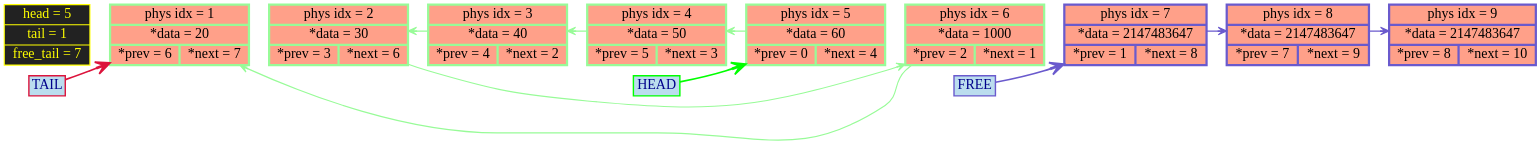
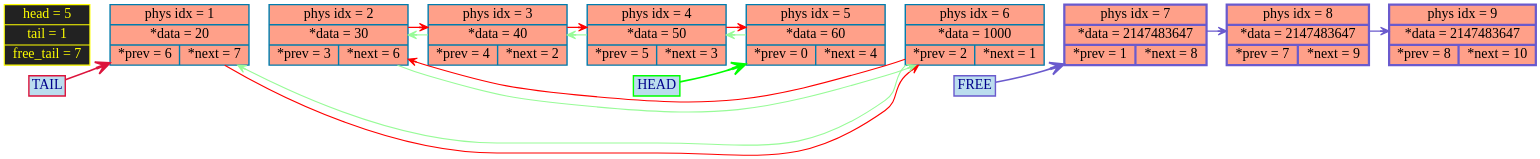
One commit to timoko3/list changed the diagram in graphDump.dot. Above: the diagram before and after it, drawn with Graphviz. The commit also changed 3 other files, not shown here.

Commit message:
another improval of graphDump

```diff
--- a/graphDump.dot
+++ b/graphDump.dot
@@ -1,40 +1,34 @@
 digraph G {
 rankdir=LR
 bgcolor="transparent"
 	node [shape=record, style="filled", fillcolor="#FFA089", fontcolor="black", color="#007CAD", penwidth=2.5, fontname="Tahoma", fontsize=25];
 
 edge [color="#2d714f", arrowsize=1, penwidth=5, arrowhead="vee", style="bold"];
 node0 [label="head = 5 | tail = 1 | free_tail = 7", shape=record, style="filled", fillcolor="#222222", fontcolor="yellow", color="yellow", penwidth=2];
 	node1 [label="phys idx = 1 | *data = 20 | {*prev = 6 | *next = 7} "];
 	node2 [label="phys idx = 2 | *data = 30 | {*prev = 3 | *next = 6} "];
 	node3 [label="phys idx = 3 | *data = 40 | {*prev = 4 | *next = 2} "];
 	node4 [label="phys idx = 4 | *data = 50 | {*prev = 5 | *next = 3} "];
 	node5 [label="phys idx = 5 | *data = 60 | {*prev = 0 | *next = 4} "];
 	node6 [label="phys idx = 6 | *data = 1000 | {*prev = 2 | *next = 1} "];
 	node7 [label="phys idx = 7 | *data = 2147483647 | {*prev = 1 | *next = 8} "];
 	node8 [label="phys idx = 8 | *data = 2147483647 | {*prev = 7 | *next = 9} "];
 	node9 [label="phys idx = 9 | *data = 2147483647 | {*prev = 8 | *next = 10} "];
 
 head_label      [shape=box, label="HEAD", style="filled", fillcolor="#BBDDEE", color="lime", fontcolor="darkblue"];
 tail_label      [shape=box, label="TAIL", style="filled", fillcolor="#BBDDEE", color="#DC143C",   fontcolor="darkblue"];
 free_head_label [shape=box, label="FREE", style="filled", fillcolor="#BBDDEE", color="#6A5ACD",   fontcolor="darkblue"];
 head_label      -> node5 [color="lime", arrowsize=2.5, penwidth=3];
 tail_label      -> node1 [color="#DC143C"  , arrowsize=2.5, penwidth=3];
 free_head_label -> node7 [color="#6A5ACD"  , arrowsize=2.5, penwidth=3];
 node0 -> node1[style=invis, weight = 100000]	node1 -> node2 -> node3 -> node4 -> node5 -> node6 -> node7 -> node8 -> node9[style=invis, weight=1000000];
 	node5 -> node4 -> node3 -> node2 -> node6 -> node1[color="#98FB98", arrowsize=1.5, penwidth=2, weight=100000];
 
-	node5[color = "#98FB98", penwidth=4];
-	node4[color = "#98FB98", penwidth=4];
-	node3[color = "#98FB98", penwidth=4];
-	node2[color = "#98FB98", penwidth=4];
-	node6[color = "#98FB98", penwidth=4];
-	node1[color = "#98FB98", penwidth=4];
-
 	node7 -> node8 -> node9[color="#6A5ACD", arrowsize=1.5, penwidth=2, weight=100000];
 
 	node7[color = "#6A5ACD", penwidth=4];
 	node8[color = "#6A5ACD", penwidth=4];
 	node9[color = "#6A5ACD", penwidth=4];
+node1 -> node6 -> node2 -> node3 -> node4 -> node5[color="red", arrowsize=1.5, penwidth=2, weight=100000];
 
 }
```
